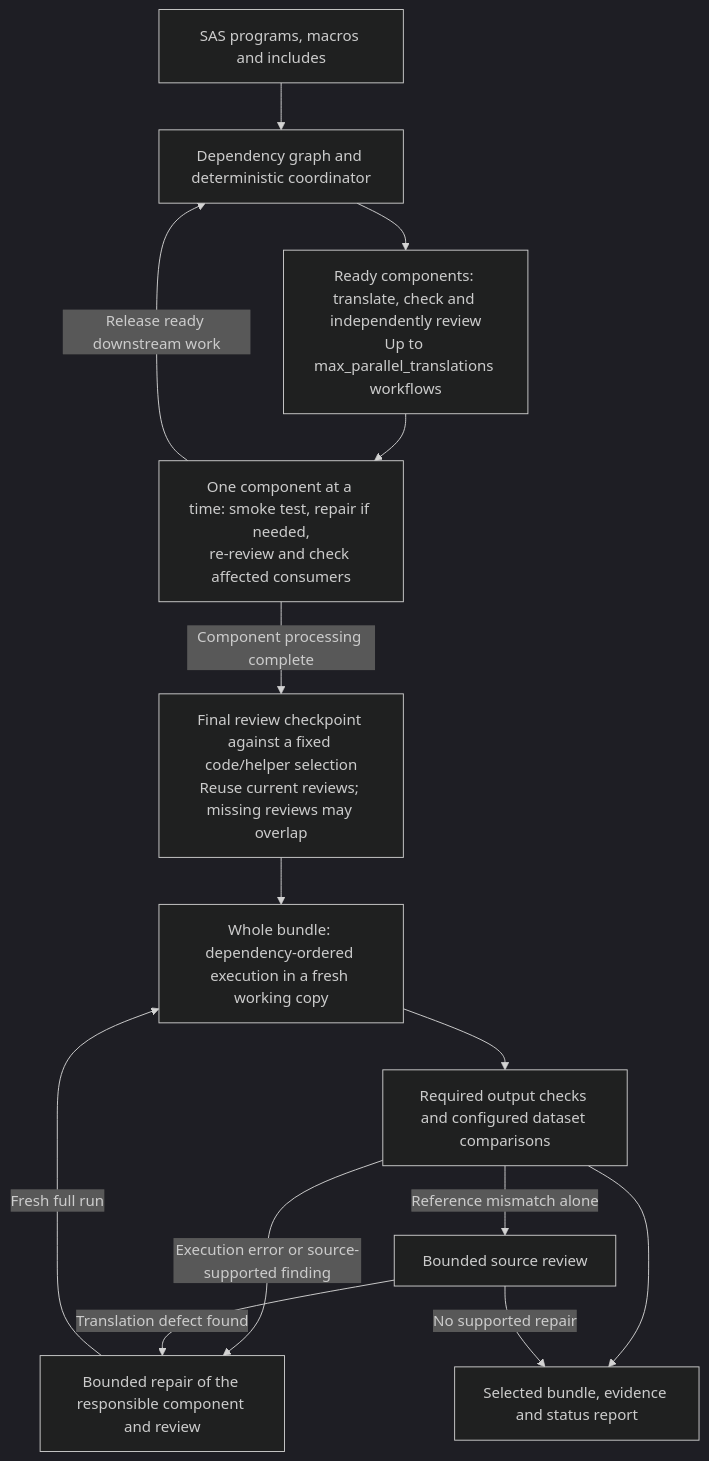
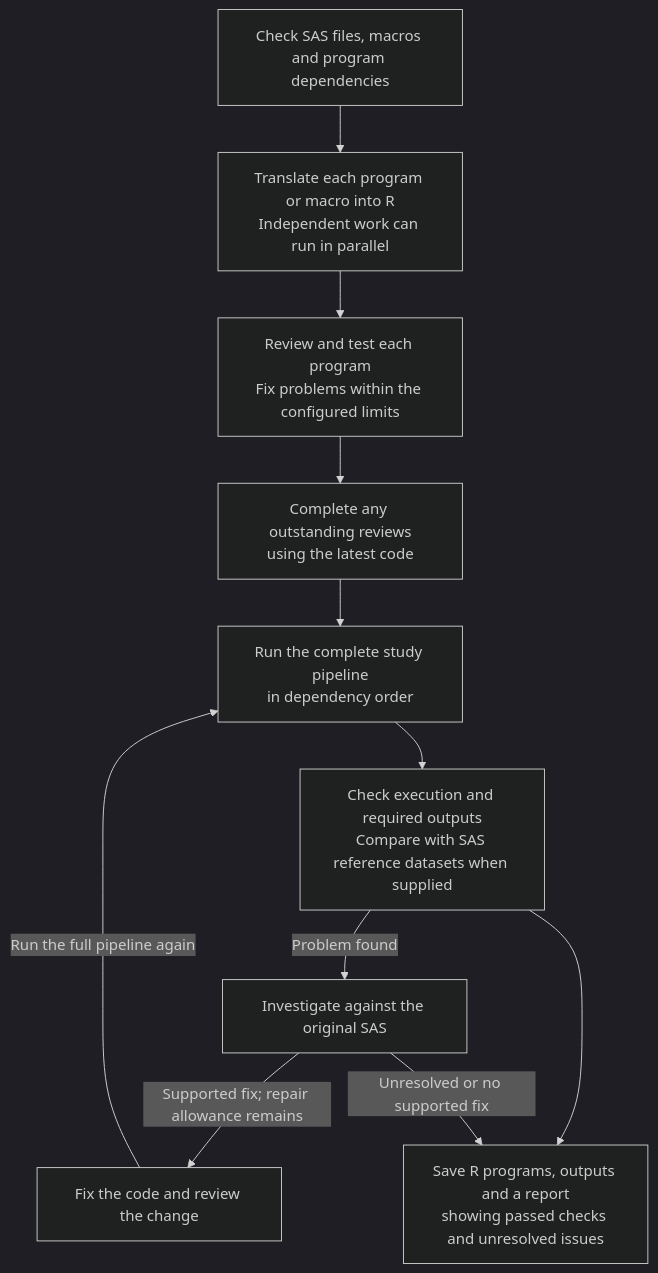
The diagram in README.md (songyue-chen/sas2r), drawn with Mermaid (dark theme) before and after one commit. The commit also changed other lines of this file and 3 other files, not shown here.

Commit message:
Clarify progress output and study-programming workflow documentation

````diff
--- a/README.md
+++ b/README.md
@@ -38,16 +49,13 @@
 ```mermaid
 flowchart TD
-    source["SAS programs, macros and includes"] --> coordinator["Dependency graph and deterministic coordinator"]
-    coordinator --> draft["Ready components: translate, check and independently review<br/>Up to max_parallel_translations workflows"]
-    draft --> settle["One component at a time: smoke test, repair if needed,<br/>re-review and check affected consumers"]
-    settle -->|"Release ready downstream work"| coordinator
-    settle -->|"Component processing complete"| review["Final review checkpoint against a fixed code/helper selection<br/>Reuse current reviews; missing reviews may overlap"]
-    review --> bundle["Whole bundle: dependency-ordered execution in a fresh working copy"]
-    bundle --> outputs["Required output checks and configured dataset comparisons"]
-    outputs -->|"Execution error or source-supported finding"| repair["Bounded repair of the responsible component and review"]
-    outputs -->|"Reference mismatch alone"| investigate["Bounded source review"]
-    investigate -->|"Translation defect found"| repair
-    repair -->|"Fresh full run"| bundle
-    outputs --> report["Selected bundle, evidence and status report"]
-    investigate -->|"No supported repair"| report
+    source["Check SAS files, macros and program dependencies"] --> draft["Translate each program or macro into R<br/>Independent work can run in parallel"]
+    draft --> check["Review and test each program<br/>Fix problems within the configured limits"]
+    check --> review["Complete any outstanding reviews<br/>using the latest code"]
+    review --> run["Run the complete study pipeline<br/>in dependency order"]
+    run --> outputs["Check execution and required outputs<br/>Compare with SAS reference datasets when supplied"]
+    outputs -->|"Problem found"| investigate["Investigate against the original SAS"]
+    investigate -->|"Supported fix; repair allowance remains"| repair["Fix the code and review the change"]
+    repair -->|"Run the full pipeline again"| run
+    outputs --> report["Save R programs, outputs and a report<br/>showing passed checks and unresolved issues"]
+    investigate -->|"Unresolved or no supported fix"| report
 ```
````
